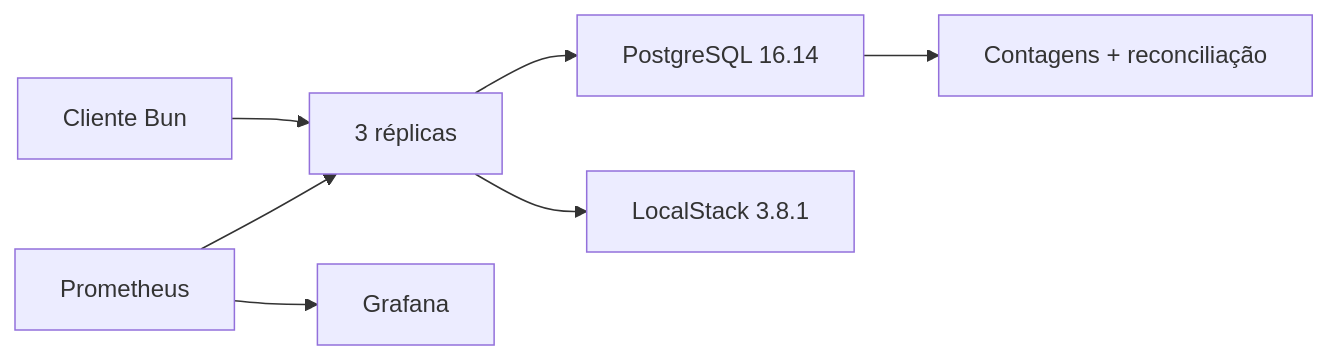
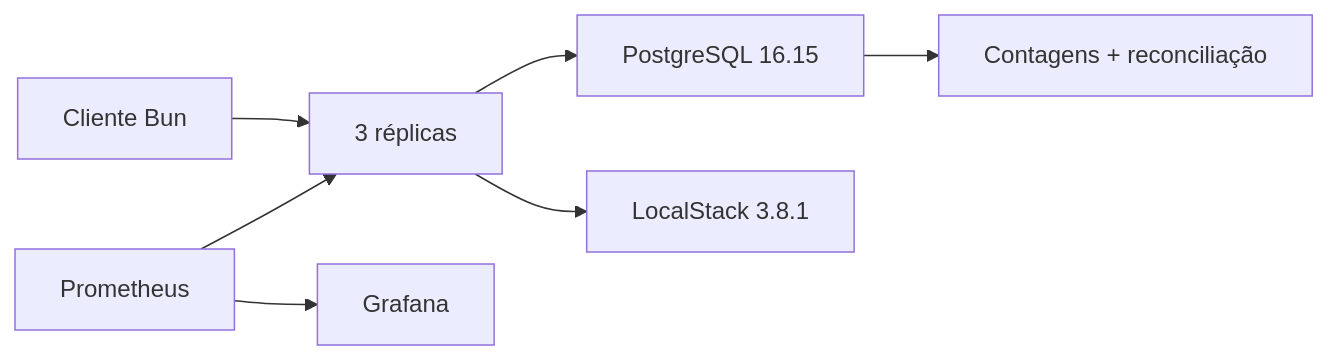
The diagram in docs/load/short-load-report.md (renansko/jugle-gaming-test), drawn with Mermaid before and after one commit. The commit also changed other lines of this file and 7 other files, not shown here.

````diff
--- a/docs/load/short-load-report.md
+++ b/docs/load/short-load-report.md
@@ -8,9 +8,9 @@
 ```mermaid
 flowchart LR
     Runner["Cliente Bun"] --> Apps["3 réplicas"]
-    Apps --> PG["PostgreSQL 16.14"]
+    Apps --> PG["PostgreSQL 16.15"]
     Apps --> SQS["LocalStack 3.8.1"]
     Prom["Prometheus"] --> Apps
     Prom --> Grafana["Grafana"]
     PG --> Check["Contagens + reconciliação"]
 ```
````
